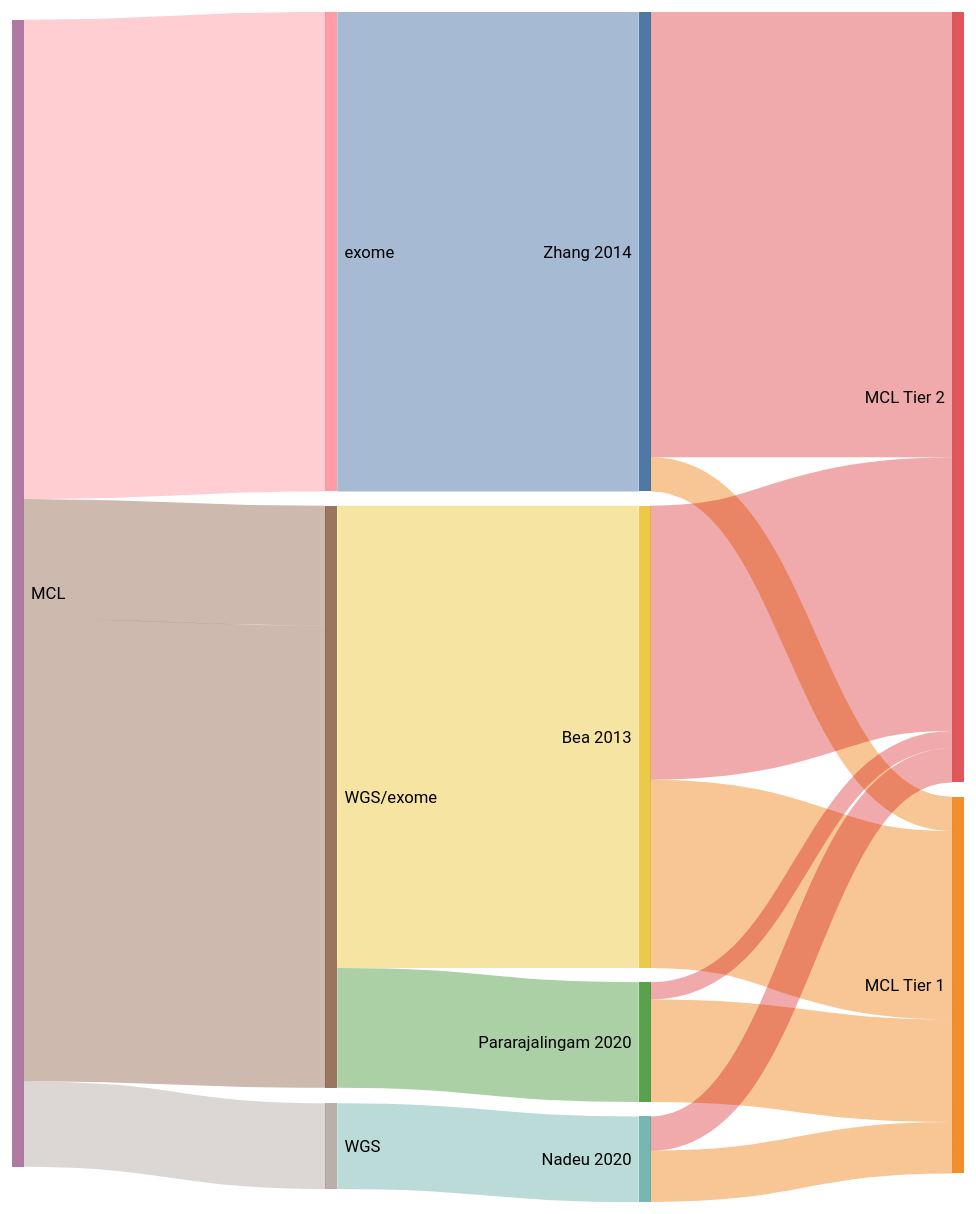
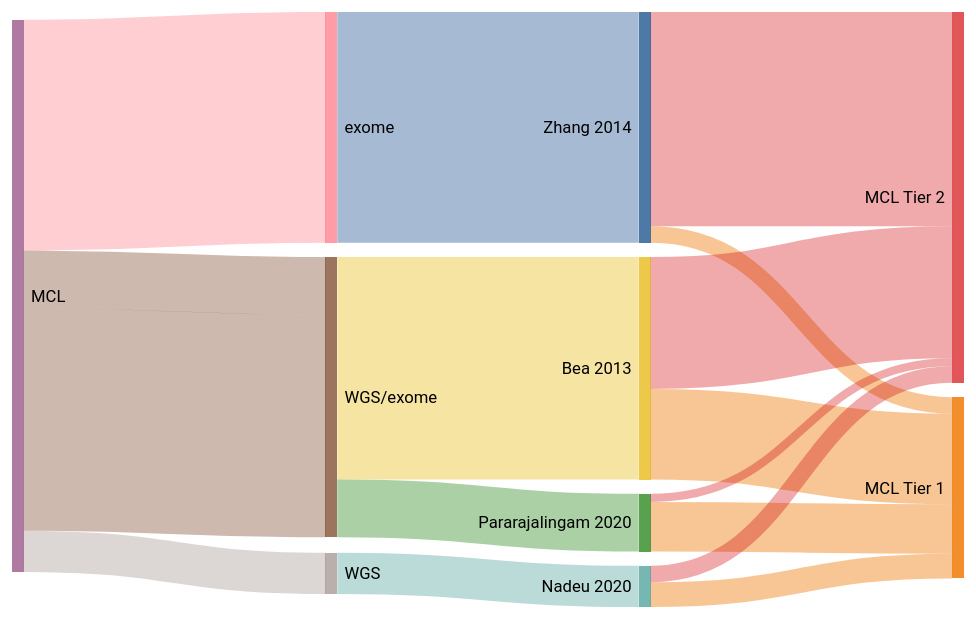
One commit to morinlab/lymphopedia changed the diagram in MCL_genes.md. Above: the diagram before and after it, drawn with Mermaid (neutral theme).

````diff
--- a/MCL_genes.md
+++ b/MCL_genes.md
@@ -10,28 +10,28 @@
 ```mermaid
 ---
 config:
   sankey:
     showValues: false
     linkColor: target
     width: 800
-    height: 1000
+    height: 500
     nodeAlignment: right
 ---
 sankey-beta
 Zhang 2014, MCL Tier 1, 2
 Zhang 2014, MCL Tier 2, 26
 Nadeu 2020, MCL Tier 1, 3
 Nadeu 2020, MCL Tier 2, 2
 Pararajalingam 2020, MCL Tier 1, 6
 Pararajalingam 2020, MCL Tier 2, 1
 Bea 2013, MCL Tier 1, 11
 Bea 2013, MCL Tier 2, 16
 MCL, exome, 28
 exome, Zhang 2014, 28
 MCL, WGS/exome, 7
 WGS/exome, Pararajalingam 2020, 7
 MCL, WGS, 5
 WGS, Nadeu 2020, 5
 MCL, WGS/exome, 27
 WGS/exome, Bea 2013, 27
 ```
````
